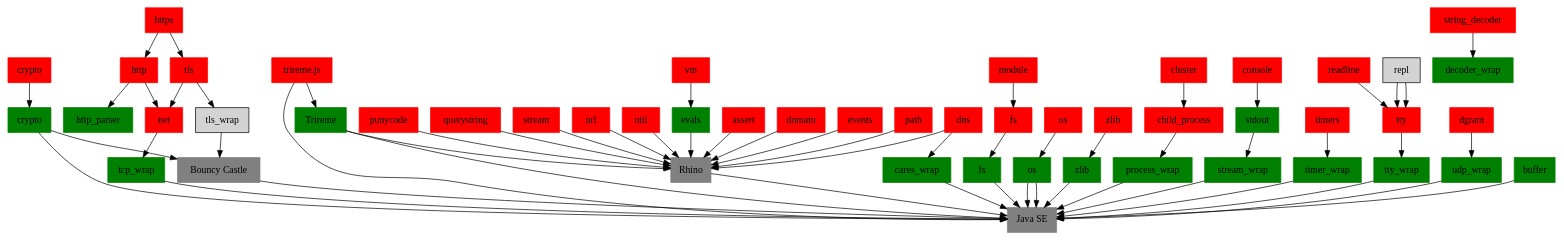
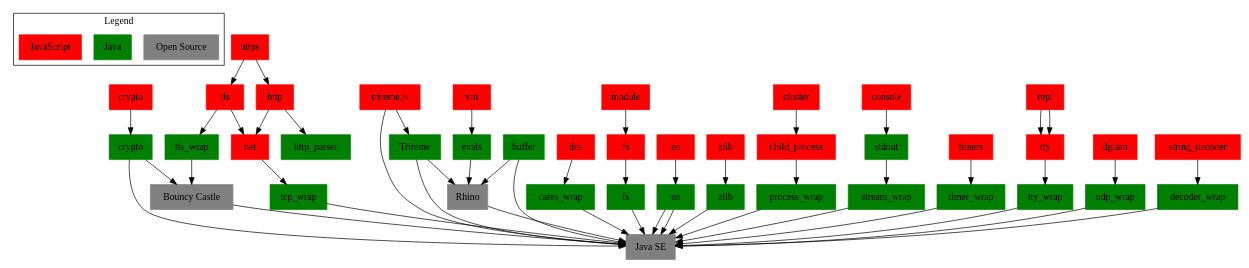
One commit to apigee/trireme changed the diagram in docs/trireme-components.dot. Above: the diagram before and after it, drawn with Graphviz. The commit also changed 5 other files, not shown here.

```diff
--- a/docs/trireme-components.dot
+++ b/docs/trireme-components.dot
@@ -1,120 +1,110 @@
 digraph T {
     node [shape=box, style=filled];
+        
+    /* key */
+    subgraph clusterLegend {
+    label="Legend";
+    oss [label="Open Source", color = grey];
+    Java [color=green];
+    JavaScript [color=red];
+    }
         
     /* Built-in and OSS stuff */
     java [label="Java SE", color=grey]
     bouncycastle [label="Bouncy Castle", color=grey]
     rhino [label="Rhino", color=grey]
       
     /* Java stuff */
     cares_wrap [color=green];
     crypto_wrap [label="crypto", color=green];
     fs_wrap [label="fs", color=green];
     http_parser [color=green];
     os_wrap [label="os", color=green];
     evals_wrap [label="evals", color=green];
     zlib_wrap [label="zlib", color=green];
     process_wrap [color=green];
     stream_wrap [color=green];
     tcp_wrap [color=green];
     timer_wrap [color=green];
     tty_wrap [color=green];
     udp_wrap [color=green];
+    tls_wrap [color=green];
     trireme_java [label="Trireme", color=green];
     buffer_wrap [label="buffer", color=green];
     os_wrap [label="os", color=green];
     stdout [color=green];
     decoder_wrap [color=green];
     
     /* JS stuff */
     trireme_js [label="trireme.js", color=red];
-    assert [color=red];
     child_process [color=red];
     cluster [color=red];
     console [color=red];
     crypto [color=red];
     dgram [color=red];
     dns [color=red];
-    domain [color=red];
-    events [color=red];
     fs [color=red];
     http [color=red];
     https [color=red];
     module [color=red];
     net [color=red];
     os [color=red];
-    path [color=red];
-    punycode [color=red];
-    querystring [color=red];
-    readline [color=red];
-    stream [color=red];
+    repl [color=red];
     string_decoder [color=red];
     timers [color=red];
     tls [color=red];
     tty [color=red];
-    url [color=red];
-    util [color=red];
     vm [color=red];
     zlib [color=red];
     
     /* The Tree */
     rhino -> java;
     bouncycastle -> java;
+    buffer_wrap -> rhino;
     cares_wrap -> java;
     crypto_wrap -> java;
     crypto_wrap -> bouncycastle;
     fs_wrap -> java;
     os_wrap -> java;
+    decoder_wrap -> java;
     evals_wrap -> rhino;
     zlib_wrap -> java;
     process_wrap -> java;
     stream_wrap -> java;
     tcp_wrap -> java;
     timer_wrap -> java;
     tty_wrap -> java;
     udp_wrap -> java;
     trireme_js -> trireme_java;
     trireme_js -> java;
     buffer_wrap -> java;
     os_wrap -> java;
     stdout -> stream_wrap;
     tls_wrap -> bouncycastle;
     trireme_java -> java;
     trireme_java -> rhino;
     
     child_process -> process_wrap;
     cluster -> child_process;
     console -> stdout;
     crypto -> crypto_wrap;
     dgram -> udp_wrap;
     dns -> cares_wrap;
     fs -> fs_wrap; 
     http -> http_parser;
     http -> net;
     https -> tls;
     https -> http;
     module -> fs;
     net -> tcp_wrap;
     os -> os_wrap;
     repl -> tty;
-    readline -> tty;
     repl -> tty;
     timers -> timer_wrap;
     string_decoder -> decoder_wrap;
     tls -> tls_wrap;
     tls -> net;
     tty -> tty_wrap;
     vm -> evals_wrap;
     zlib -> zlib_wrap;
-    
-    assert -> rhino;
-    dns -> rhino;
-    domain -> rhino;
-    events -> rhino;
-    path -> rhino;
-    punycode -> rhino;
-    querystring -> rhino;
-    stream -> rhino;
-    url -> rhino;
-    util -> rhino;
 }
```
